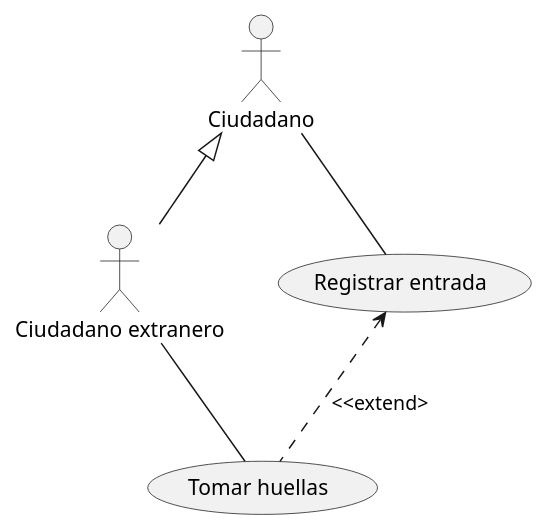
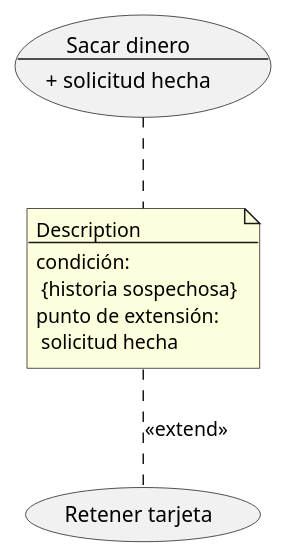
The diagram in src/CasosDeUso_UML.puml (alejaandroobc/CasosDeUso_UML), drawn with PlantUML before and after one commit.

Commit message:
Ejemplo puntos de extensión y notas

```diff
--- a/src/CasosDeUso_UML.puml
+++ b/src/CasosDeUso_UML.puml
@@ -1,10 +1,9 @@
 @startuml
-:Ciudadano:
-:Ciudadano extranero: as CiuEx
-usecase "Registrar entrada" as UC1
-usecase "Tomar huellas" as UC2
-Ciudadano <|-- CiuEx
-Ciudadano -- UC1
-CiuEx -- UC2
-UC1 <.. UC2 : <<extend>
+usecase UC1 as"Sacar dinero
+--
++ solicitud hecha"
+usecase "Retener tarjeta" as UC2
+note "Description\n--\ncondición:\n {historia sospechosa}\npunto de extensión:\n solicitud hecha" as N1
+(UC1).. N1
+N1 .. (UC2) : <<extend>>
 @enduml
```
